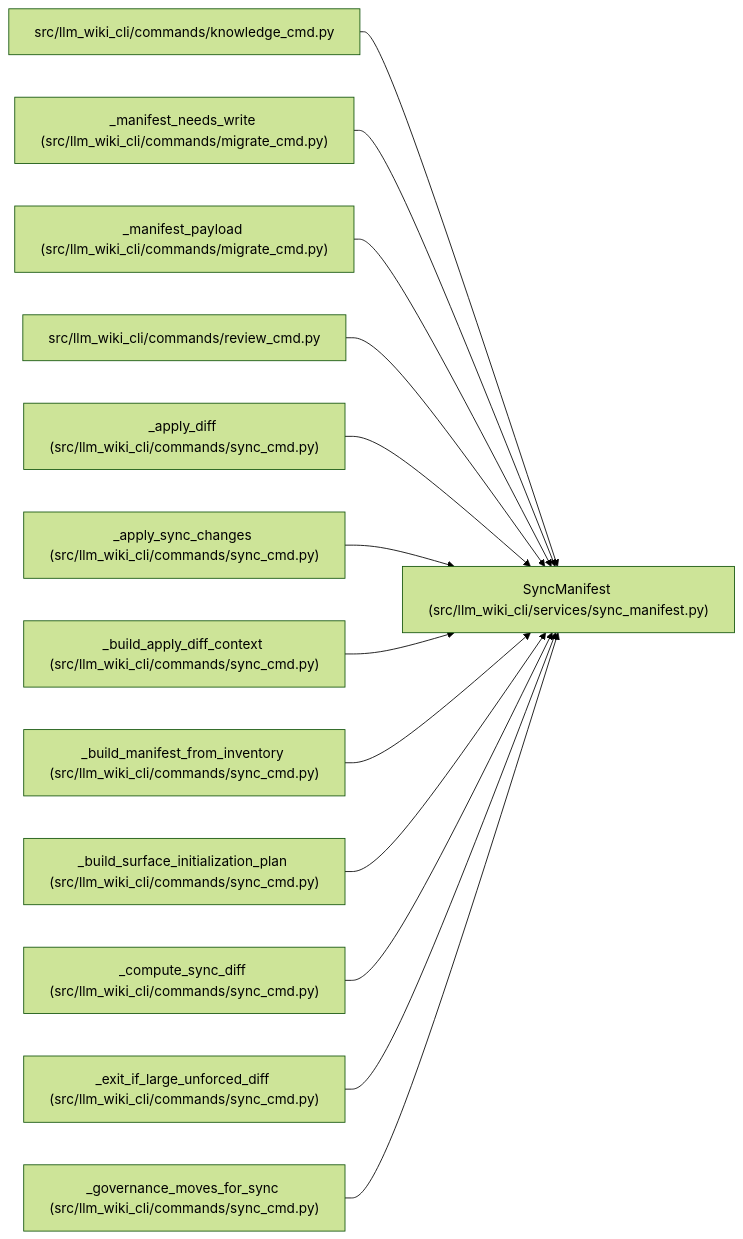
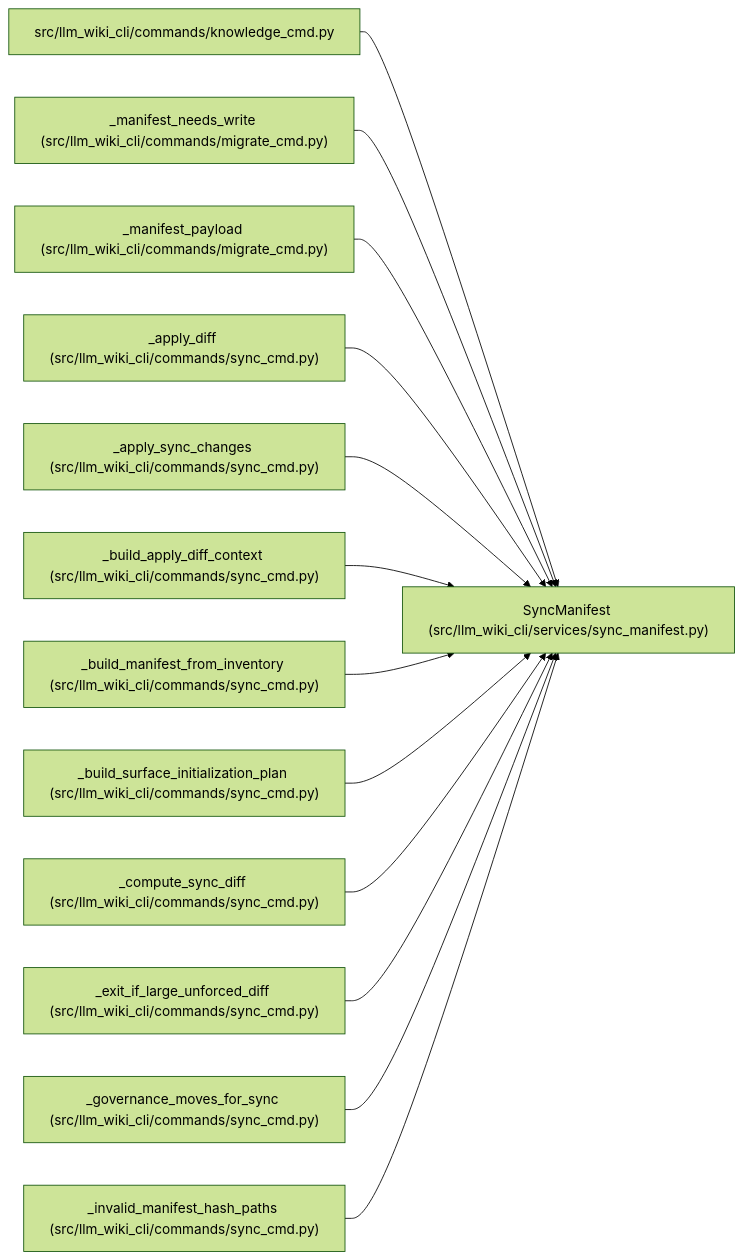
Before and after one commit to Denissvgn/python-wiki-llm: the diagram in docs/llm_wiki/entities/SyncManifest.md, drawn with Mermaid (forest theme). The commit also changed other lines of this file and 152 other files, not shown here.

````diff
--- a/docs/llm_wiki/entities/SyncManifest.md
+++ b/docs/llm_wiki/entities/SyncManifest.md
@@ -45,41 +45,41 @@
 ```mermaid
 flowchart LR
     n0["SyncManifest (src/llm_wiki_cli/services/sync_manifest.py)"]
     n1["src/llm_wiki_cli/commands/knowledge_cmd.py"]
     n2["_manifest_needs_write (src/llm_wiki_cli/commands/migrate_cmd.py)"]
     n3["_manifest_payload (src/llm_wiki_cli/commands/migrate_cmd.py)"]
-    n4["src/llm_wiki_cli/commands/review_cmd.py"]
-    n5["_apply_diff (src/llm_wiki_cli/commands/sync_cmd.py)"]
-    n6["_apply_sync_changes (src/llm_wiki_cli/commands/sync_cmd.py)"]
-    n7["_build_apply_diff_context (src/llm_wiki_cli/commands/sync_cmd.py)"]
-    n8["_build_manifest_from_inventory (src/llm_wiki_cli/commands/sync_cmd.py)"]
-    n9["_build_surface_initialization_plan (src/llm_wiki_cli/commands/sync_cmd.py)"]
-    n10["_compute_sync_diff (src/llm_wiki_cli/commands/sync_cmd.py)"]
-    n11["_exit_if_large_unforced_diff (src/llm_wiki_cli/commands/sync_cmd.py)"]
-    n12["_governance_moves_for_sync (src/llm_wiki_cli/commands/sync_cmd.py)"]
+    n4["_apply_diff (src/llm_wiki_cli/commands/sync_cmd.py)"]
+    n5["_apply_sync_changes (src/llm_wiki_cli/commands/sync_cmd.py)"]
+    n6["_build_apply_diff_context (src/llm_wiki_cli/commands/sync_cmd.py)"]
+    n7["_build_manifest_from_inventory (src/llm_wiki_cli/commands/sync_cmd.py)"]
+    n8["_build_surface_initialization_plan (src/llm_wiki_cli/commands/sync_cmd.py)"]
+    n9["_compute_sync_diff (src/llm_wiki_cli/commands/sync_cmd.py)"]
+    n10["_exit_if_large_unforced_diff (src/llm_wiki_cli/commands/sync_cmd.py)"]
+    n11["_governance_moves_for_sync (src/llm_wiki_cli/commands/sync_cmd.py)"]
+    n12["_invalid_manifest_hash_paths (src/llm_wiki_cli/commands/sync_cmd.py)"]
     n1 --> n0
     n2 --> n0
     n3 --> n0
     n4 --> n0
     n5 --> n0
     n6 --> n0
     n7 --> n0
     n8 --> n0
     n9 --> n0
     n10 --> n0
     n11 --> n0
     n12 --> n0
     click n0 "../modules/sync_manifest.md"
     click n1 "../modules/knowledge_cmd.md"
     click n2 "../modules/migrate_cmd.md"
     click n3 "../modules/migrate_cmd.md"
-    click n4 "../modules/review_cmd.md"
+    click n4 "../modules/sync_cmd.md"
     click n5 "../modules/sync_cmd.md"
     click n6 "../modules/sync_cmd.md"
     click n7 "../modules/sync_cmd.md"
     click n8 "../modules/sync_cmd.md"
     click n9 "../modules/sync_cmd.md"
     click n10 "../modules/sync_cmd.md"
     click n11 "../modules/sync_cmd.md"
     click n12 "../modules/sync_cmd.md"
 ```
````
